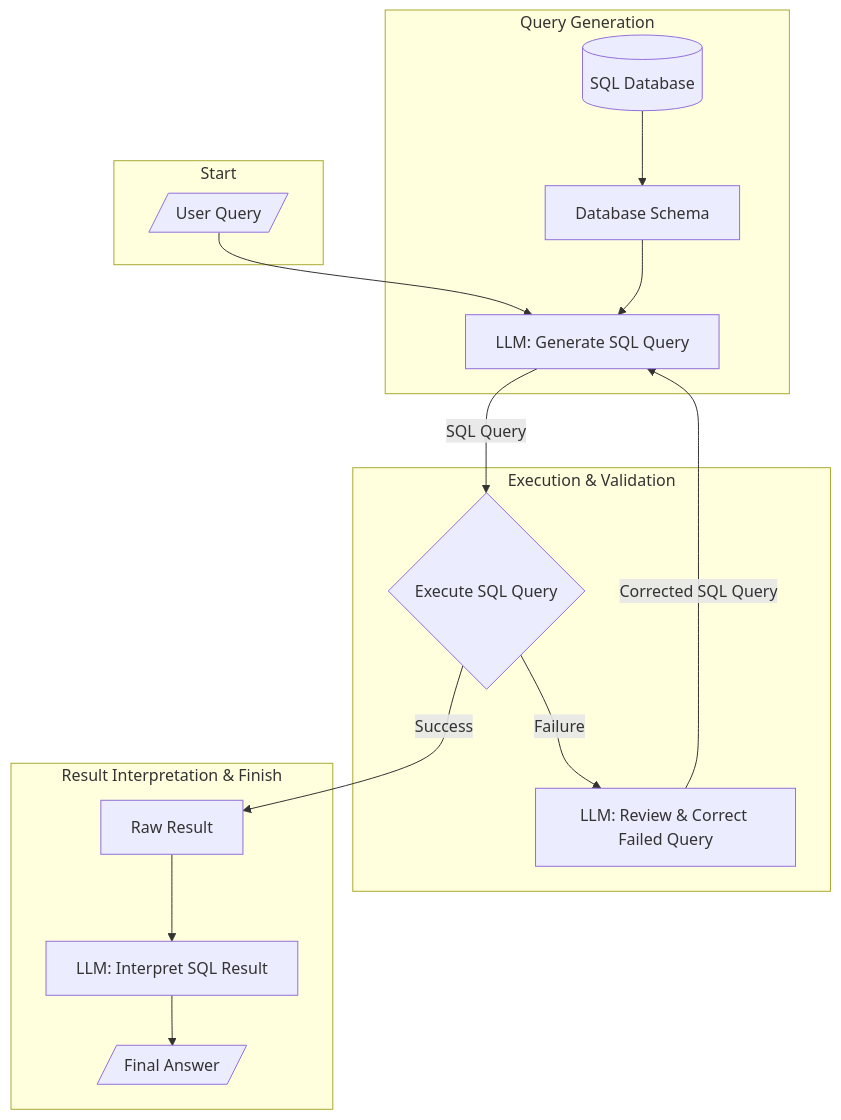
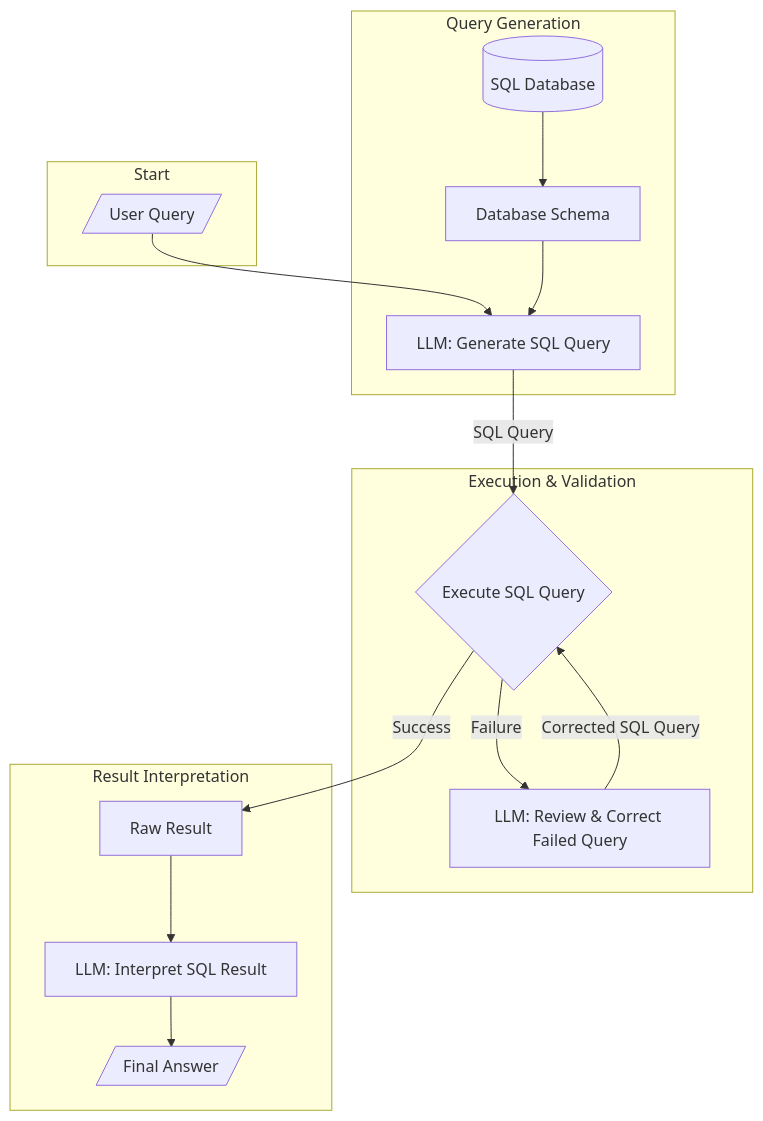
The diagram in README.md (rj-price/sql_agent), drawn with Mermaid before and after one commit.

Commit message:
update diagram

````diff
--- a/README.md
+++ b/README.md
@@ -5,32 +5,32 @@
 ```mermaid
 graph TD
     subgraph "Start"
         A[/"User Query"/]
     end
 
     subgraph "Query Generation"
         B["LLM: Generate SQL Query"]
         C[(SQL Database)]
         D["Database Schema"]
     end
 
     subgraph "Execution & Validation"
         E{"Execute SQL Query"}
         F["LLM: Review & Correct Failed Query"]
     end
 
-    subgraph "Result Interpretation & Finish"
+    subgraph "Result Interpretation"
         G["Raw Result"]
         H["LLM: Interpret SQL Result"]
         I[/"Final Answer"/]
     end
 
     A --> B
     C --> D --> B
     B -- SQL Query --> E
     E -- Success --> G
     E -- Failure --> F
-    F -- Corrected SQL Query --> B
+    F -- Corrected SQL Query --> E
     G --> H
     H --> I
 ```
````
